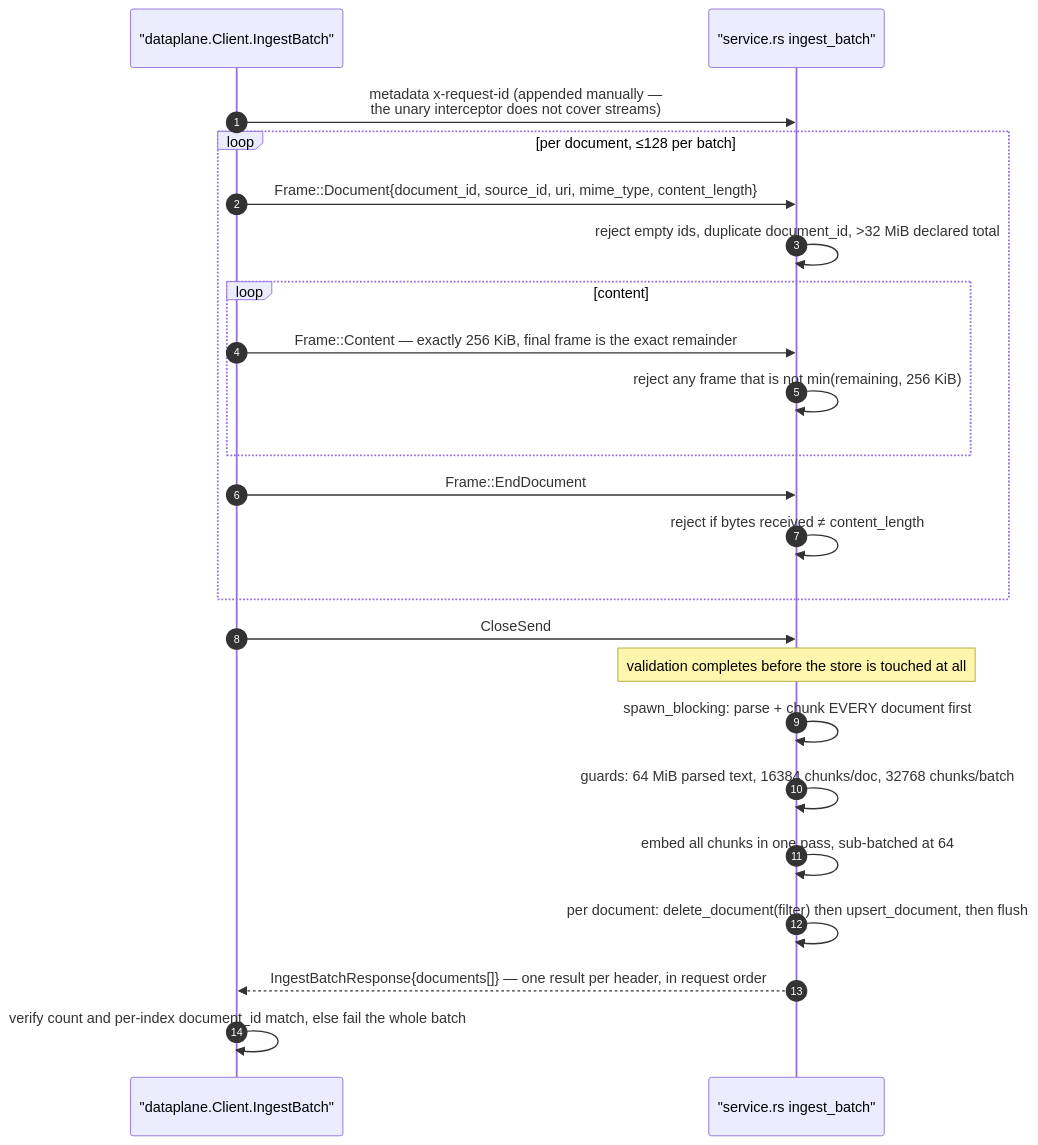
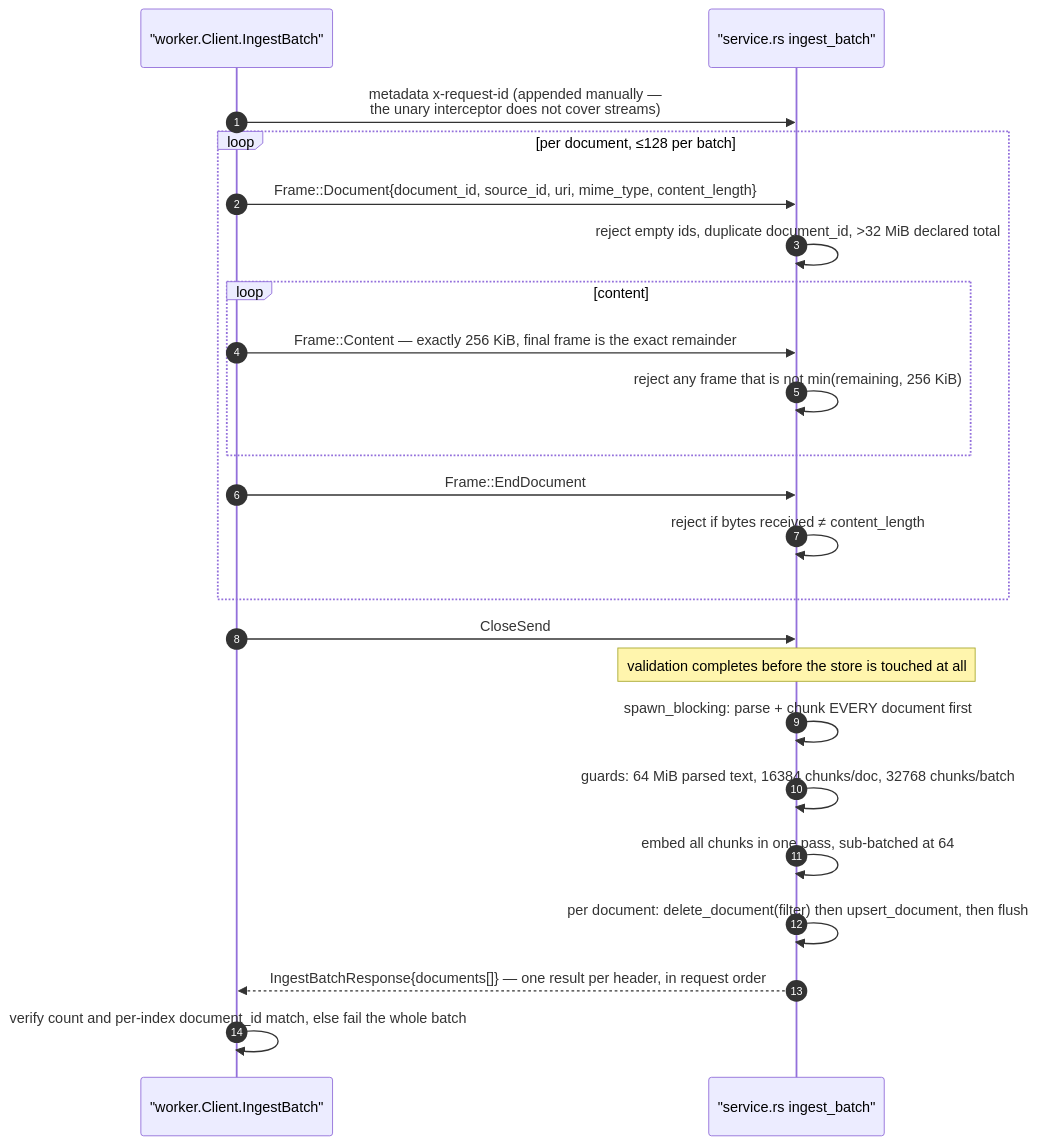
One commit to alDuncanson/lum changed diagram 11 of 17 in docs/diagrams.md. Above: the diagram before and after it, drawn with Mermaid. The commit also changed other lines of this file and 107 other files, not shown here.

````diff
--- a/docs/diagrams.md
+++ b/docs/diagrams.md
@@ -507,26 +508,26 @@
 ```mermaid
 sequenceDiagram
     autonumber
-    participant CP as "dataplane.Client.IngestBatch"
+    participant CP as "worker.Client.IngestBatch"
     participant DP as "service.rs ingest_batch"
 
     CP->>DP: metadata x-request-id (appended manually —<br/>the unary interceptor does not cover streams)
     loop per document, ≤128 per batch
         CP->>DP: Frame::Document{document_id, source_id, uri, mime_type, content_length}
         DP->>DP: reject empty ids, duplicate document_id, >32 MiB declared total
         loop content
             CP->>DP: Frame::Content — exactly 256 KiB, final frame is the exact remainder
             DP->>DP: reject any frame that is not min(remaining, 256 KiB)
         end
         CP->>DP: Frame::EndDocument
         DP->>DP: reject if bytes received ≠ content_length
     end
     CP->>DP: CloseSend
     Note over DP: validation completes before the store is touched at all
     DP->>DP: spawn_blocking: parse + chunk EVERY document first
     DP->>DP: guards: 64 MiB parsed text, 16384 chunks/doc, 32768 chunks/batch
     DP->>DP: embed all chunks in one pass, sub-batched at 64
     DP->>DP: per document: delete_document(filter) then upsert_document, then flush
     DP-->>CP: IngestBatchResponse{documents[]} — one result per header, in request order
     CP->>CP: verify count and per-index document_id match, else fail the whole batch
 ```
````
